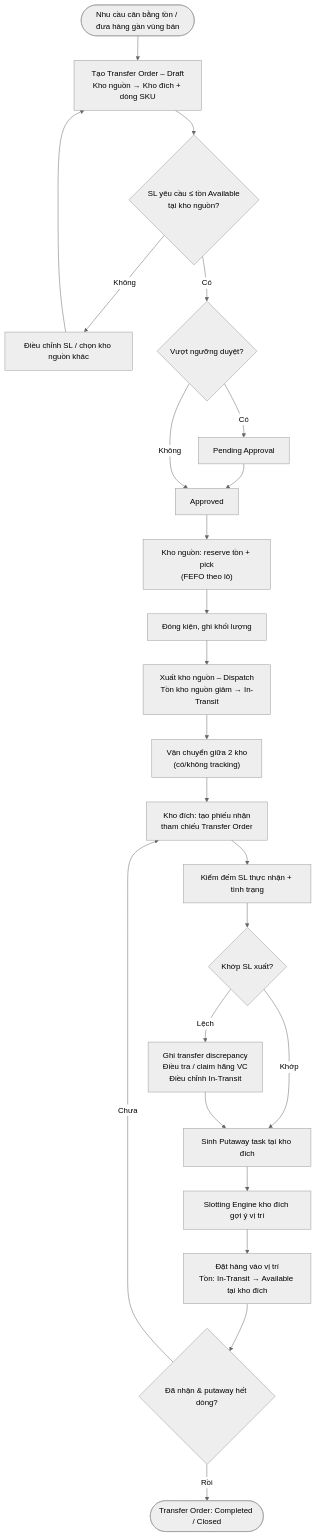
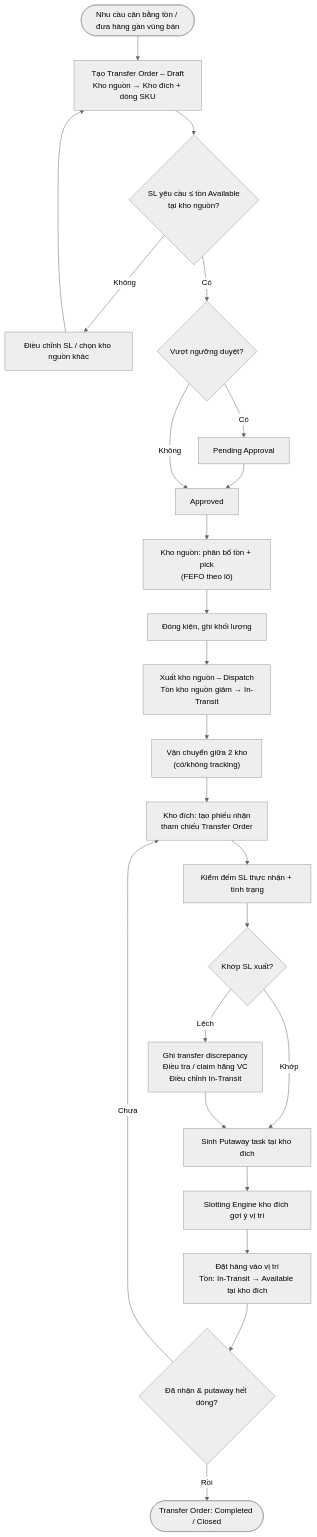
The fifth of 8 diagrams in docs/diagrams/README.md (KLTN-FA26/docs), drawn with Mermaid (neutral theme) before and after one commit. The commit also changed other lines of this file and 7 other files, not shown here.

````diff
--- a/docs/diagrams/README.md
+++ b/docs/diagrams/README.md
@@ -219,28 +219,28 @@
 ```mermaid
 flowchart TD
     NEED([Nhu cầu cân bằng tồn / đưa hàng gần vùng bán]) --> TO_CREATE[Tạo Transfer Order – Draft\nKho nguồn → Kho đích + dòng SKU]
     TO_CREATE --> TO_CHECK{SL yêu cầu ≤ tồn Available\ntại kho nguồn?}
     TO_CHECK -- Không --> ADJUST[Điều chỉnh SL / chọn kho nguồn khác]
     ADJUST --> TO_CREATE
     TO_CHECK -- Có --> TO_APPROVE{Vượt ngưỡng duyệt?}
     TO_APPROVE -- Có --> TO_PENDING[Pending Approval] --> TO_APPROVED[Approved]
     TO_APPROVE -- Không --> TO_APPROVED
 
-    TO_APPROVED --> SRC_PICK["Kho nguồn: reserve tồn + pick\n(FEFO theo lô)"]
+    TO_APPROVED --> SRC_PICK["Kho nguồn: phân bổ tồn + pick\n(FEFO theo lô)"]
     SRC_PICK --> SRC_PACK[Đóng kiện, ghi khối lượng]
     SRC_PACK --> DISPATCH[Xuất kho nguồn – Dispatch\nTồn kho nguồn giảm → In-Transit]
 
     DISPATCH --> TRANSPORT["Vận chuyển giữa 2 kho\n(có/không tracking)"]
     TRANSPORT --> DST_RECV[Kho đích: tạo phiếu nhận\ntham chiếu Transfer Order]
     DST_RECV --> DST_COUNT[Kiểm đếm SL thực nhận + tình trạng]
     DST_COUNT --> DISCREPANCY{Khớp SL xuất?}
     DISCREPANCY -- Lệch --> INVESTIGATE["Ghi transfer discrepancy\nĐiều tra / claim hãng VC\nĐiều chỉnh In-Transit"]
     DISCREPANCY -- Khớp --> DST_PA
     INVESTIGATE --> DST_PA[Sinh Putaway task tại kho đích]
 
     DST_PA --> DST_SLOT[Slotting Engine kho đích gợi ý vị trí]
     DST_SLOT --> DST_MOVE[Đặt hàng vào vị trí\nTồn: In-Transit → Available tại kho đích]
     DST_MOVE --> TO_STATUS{Đã nhận & putaway hết dòng?}
     TO_STATUS -- Chưa --> DST_RECV
     TO_STATUS -- Rồi --> TO_DONE([Transfer Order: Completed / Closed])
 ```
````
